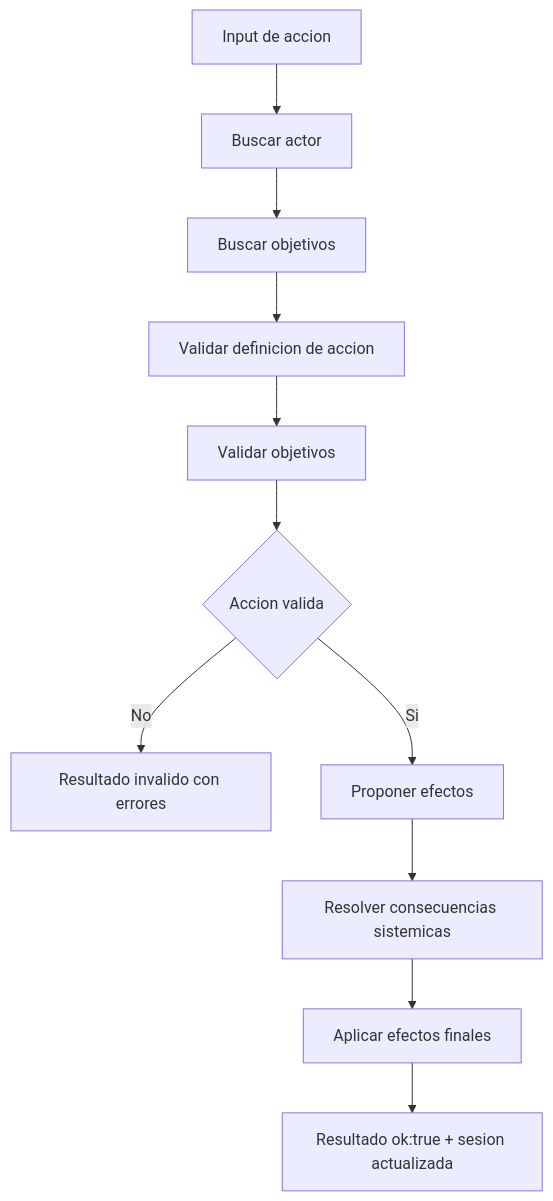
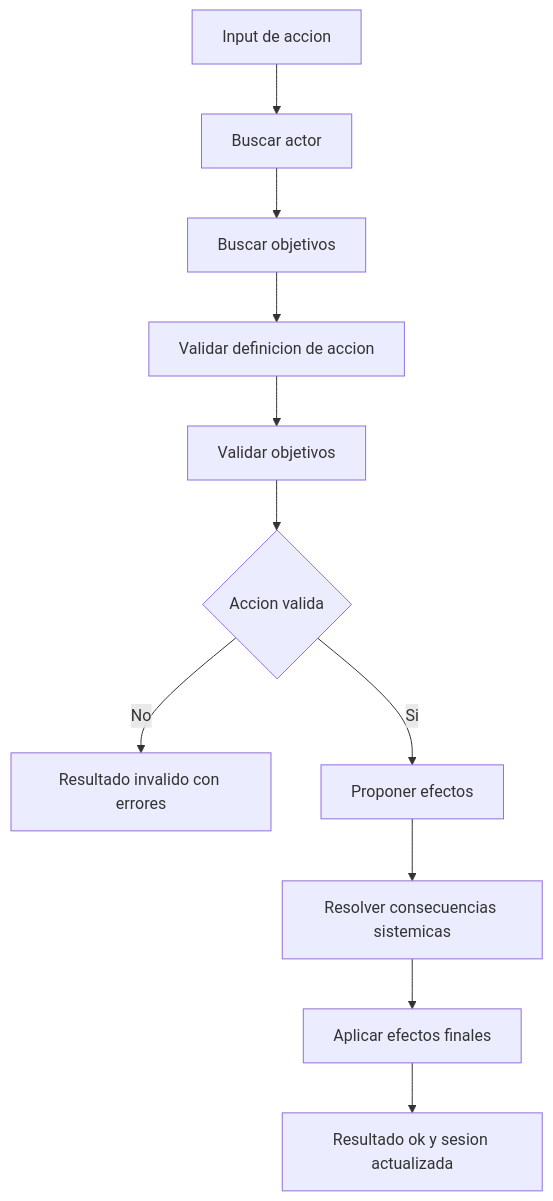
One commit to juanramonmorandeira/castronegro-director changed the sixth of 12 diagrams in docs/engine_flow_map.md. Above: the diagram before and after it, drawn with Mermaid. The commit also changed other lines of this file and 29 other files, not shown here.

````diff
--- a/docs/engine_flow_map.md
+++ b/docs/engine_flow_map.md
@@ -182,13 +235,13 @@
 ```mermaid
 graph TD
   A[Input de accion] --> B[Buscar actor]
   B --> C[Buscar objetivos]
   C --> D[Validar definicion de accion]
   D --> E[Validar objetivos]
   E --> F{Accion valida}
   F -->|No| G[Resultado invalido con errores]
   F -->|Si| H[Proponer efectos]
   H --> I[Resolver consecuencias sistemicas]
   I --> J[Aplicar efectos finales]
-  J --> K[Resultado ok:true + sesion actualizada]
+  J --> K[Resultado ok y sesion actualizada]
 ```
````
